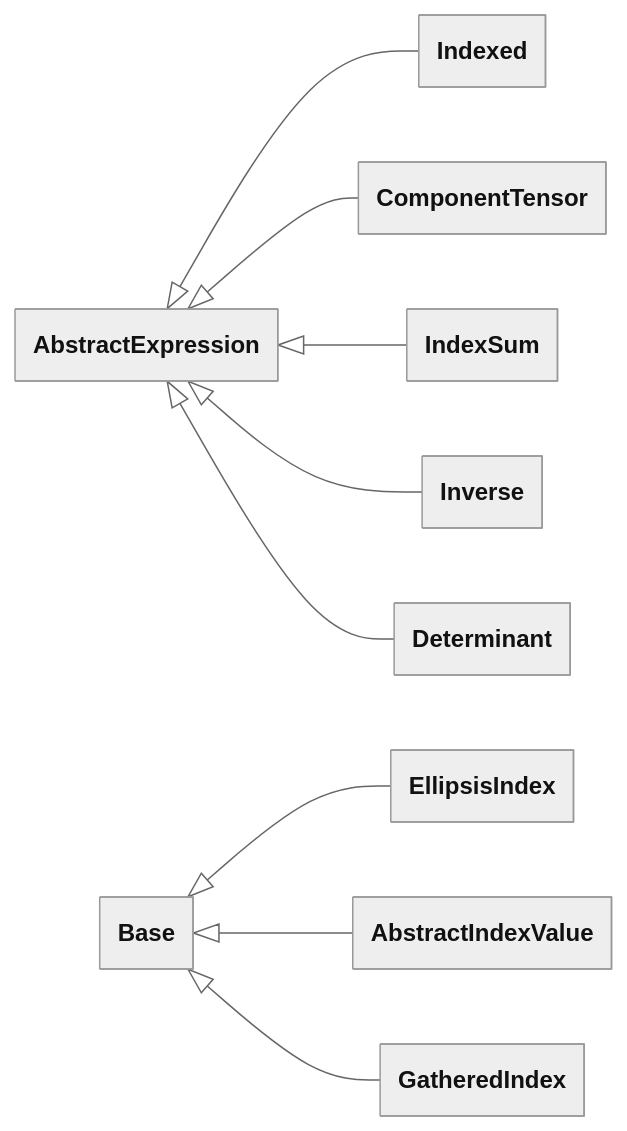
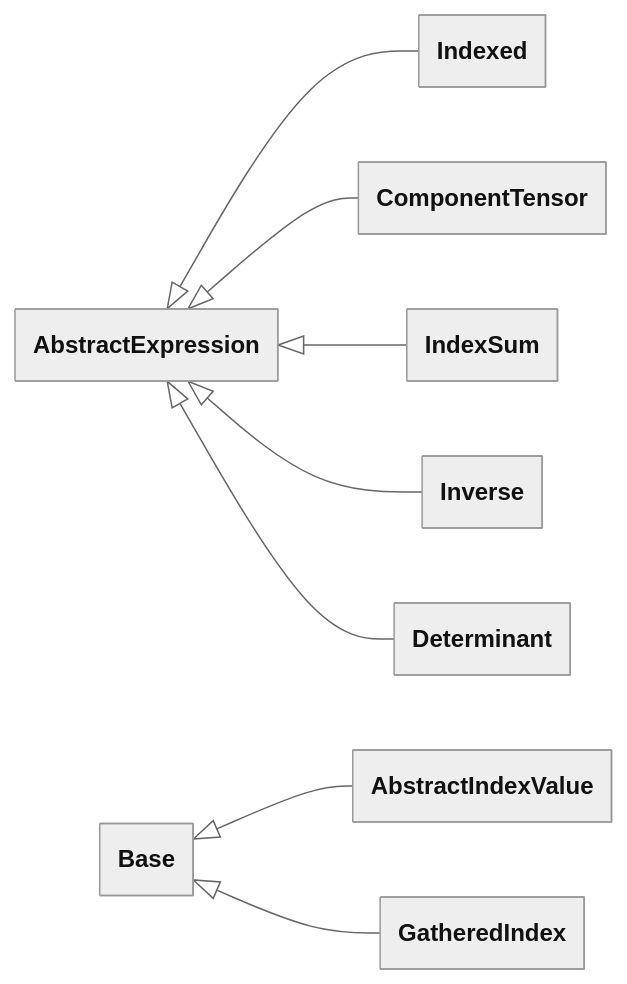
One commit to FEniCS/uflx changed the fifth of 12 diagrams in design/language.md. Above: the diagram before and after it, drawn with Mermaid. The commit also changed other lines of this file and 1 other file, not shown here.

Commit message:
Remove EllipsisIndex - no longer needed.

````diff
--- a/design/language.md
+++ b/design/language.md
@@ -4411,22 +4379,21 @@
 ```mermaid
 ---
 config:
   theme: neutral
   look: classic
   class:
     theme: neutral
     look: classic
     hideEmptyMembersBox: true
 ---
 classDiagram
     direction LR
     accTitle: Algebra class hierarchy (3 of 3)
     AbstractExpression <|-- Indexed
     AbstractExpression <|-- ComponentTensor
     AbstractExpression <|-- IndexSum
-    Base <|-- EllipsisIndex
     Base <|-- AbstractIndexValue
     Base <|-- GatheredIndex
     AbstractExpression <|-- Inverse
     AbstractExpression <|-- Determinant
 ```
````
